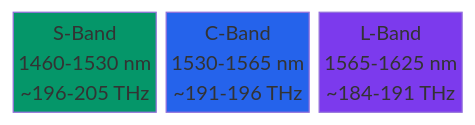
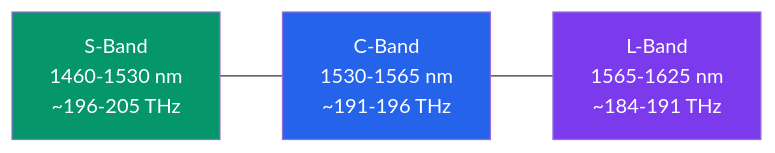
One commit to 3koozy/oopt-gnpy changed the first of 13 diagrams in docs/DWDM-Knowledge-Base.md. Above: the diagram before and after it, drawn with Mermaid. The commit also changed other lines of this file and 8 other files, not shown here.

````diff
--- a/docs/DWDM-Knowledge-Base.md
+++ b/docs/DWDM-Knowledge-Base.md
@@ -33,13 +33,8 @@
 ```mermaid
-block-beta
-    columns 5
-    space
-    S["S-Band\n1460-1530 nm\n~196-205 THz"]:1
-    C["C-Band\n1530-1565 nm\n~191-196 THz"]:1
-    L["L-Band\n1565-1625 nm\n~184-191 THz"]:1
-    space
+graph LR
+    S["S-Band<br/>1460-1530 nm<br/>~196-205 THz"] --- C["C-Band<br/>1530-1565 nm<br/>~191-196 THz"] --- L["L-Band<br/>1565-1625 nm<br/>~184-191 THz"]
 
     style C fill:#2563eb,color:#fff
     style L fill:#7c3aed,color:#fff
     style S fill:#059669,color:#fff
 ```
````
